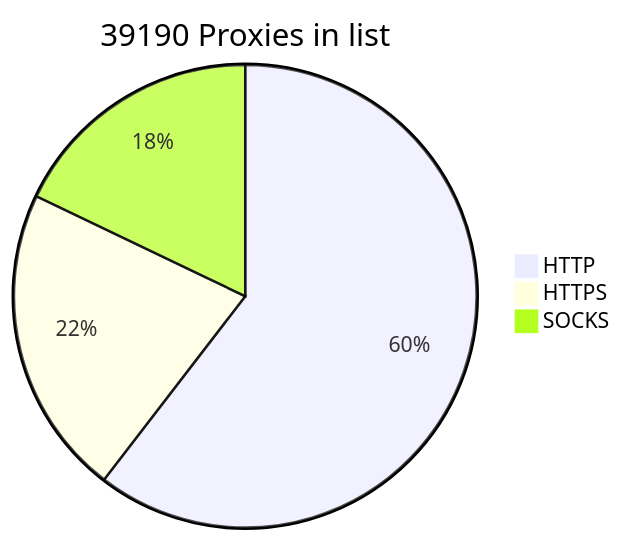
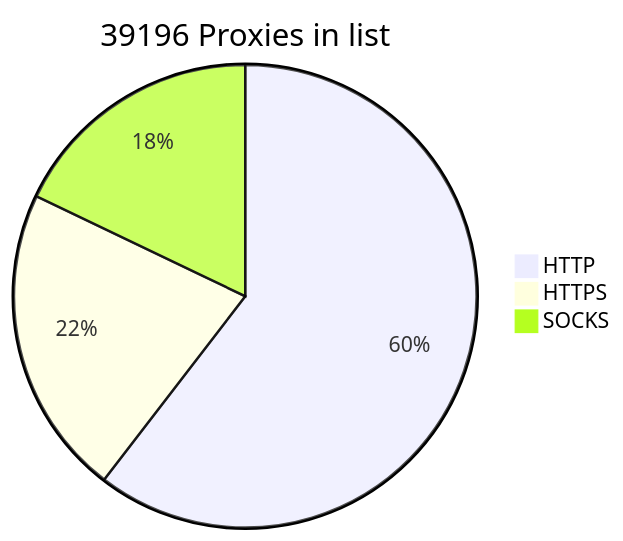
Before and after one commit to BlackSnowDot/proxylist-update-every-minute: the diagram in README.md, drawn with Mermaid.

````diff
--- a/README.md
+++ b/README.md
@@ -2,6 +2,6 @@
 ```mermaid
-pie title 39190 Proxies in list
-    "HTTP" : 27724
-    "HTTPS": 9941
-    "SOCKS" : 8205
+pie title 39196 Proxies in list
+    "HTTP" : 27726
+    "HTTPS": 9945
+    "SOCKS" : 8206
 ```
````
